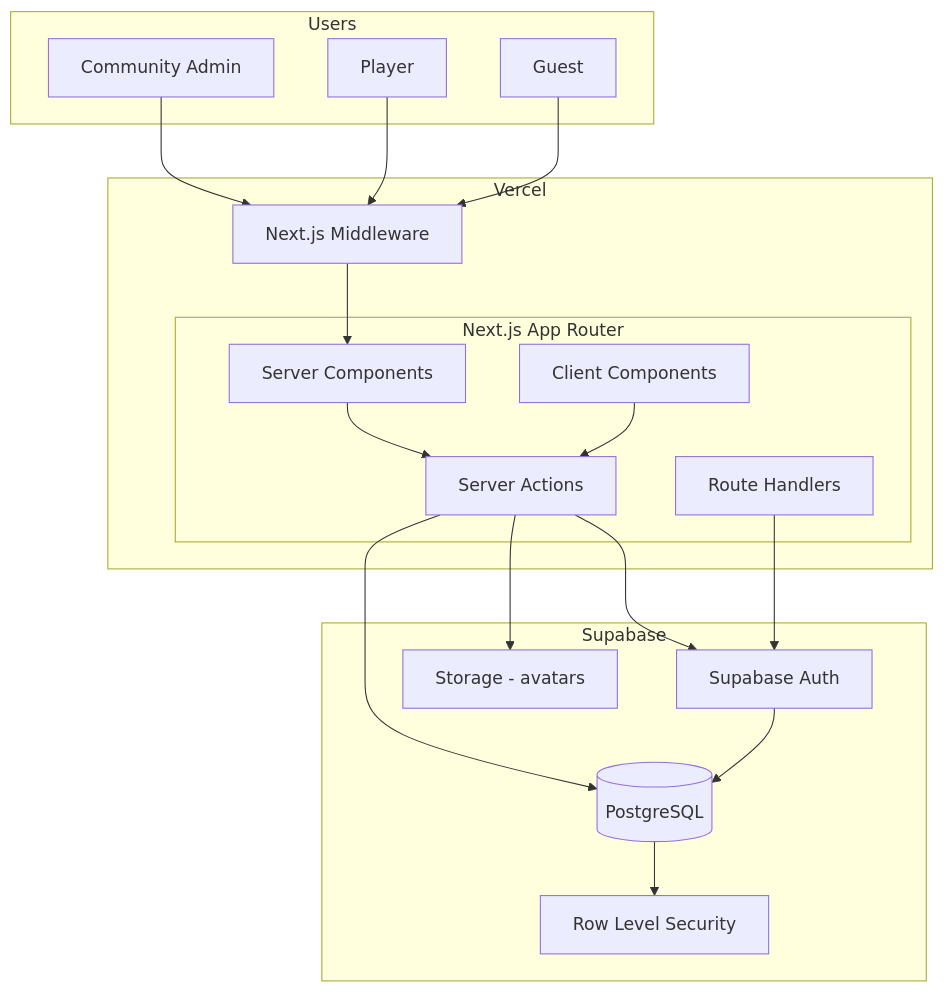
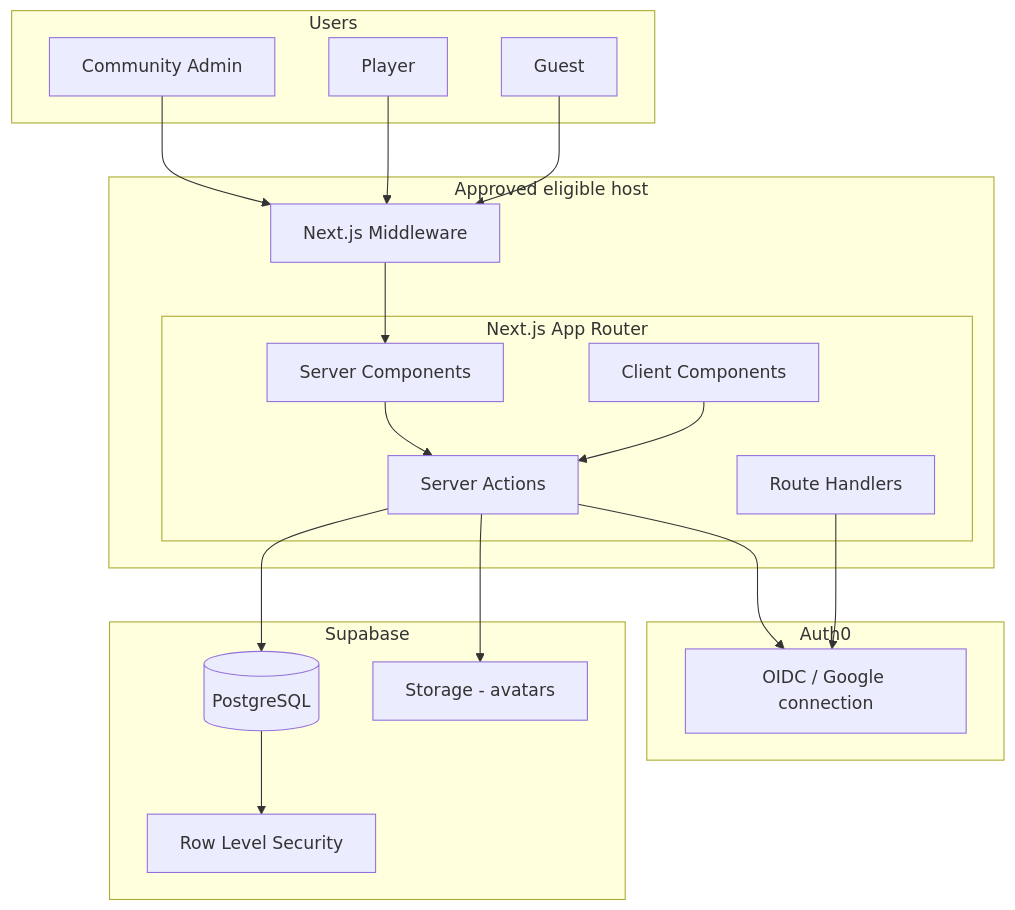
The first of 6 diagrams in docs/04_SYSTEM_ARCHITECTURE.md (TheOneWith-3j/sports-community-app), drawn with Mermaid before and after one commit. The commit also changed other lines of this file and 38 other files, not shown here.

````diff
--- a/docs/04_SYSTEM_ARCHITECTURE.md
+++ b/docs/04_SYSTEM_ARCHITECTURE.md
@@ -26,38 +26,40 @@
 ```mermaid
 flowchart TB
   subgraph users [Users]
     Admin[Community Admin]
     Player[Player]
     Guest[Guest]
   end
 
-  subgraph vercel [Vercel]
+  subgraph host [Approved eligible host]
     MW[Next.js Middleware]
     subgraph app [Next.js App Router]
       RSC[Server Components]
       RCC[Client Components]
       SA[Server Actions]
       RH[Route Handlers]
     end
   end
 
+  subgraph auth0 [Auth0]
+    OIDC[OIDC / Google connection]
+  end
+
   subgraph supabase [Supabase]
-    SAuth[Supabase Auth]
     PG[(PostgreSQL)]
     RLS[Row Level Security]
     Storage[Storage - avatars]
   end
 
   Admin --> MW
   Player --> MW
   Guest --> MW
   MW --> RSC
   RSC --> SA
   RCC --> SA
-  SA --> SAuth
+  SA --> OIDC
   SA --> PG
-  SAuth --> PG
   PG --> RLS
   SA --> Storage
-  RH --> SAuth
+  RH --> OIDC
 ```
````
